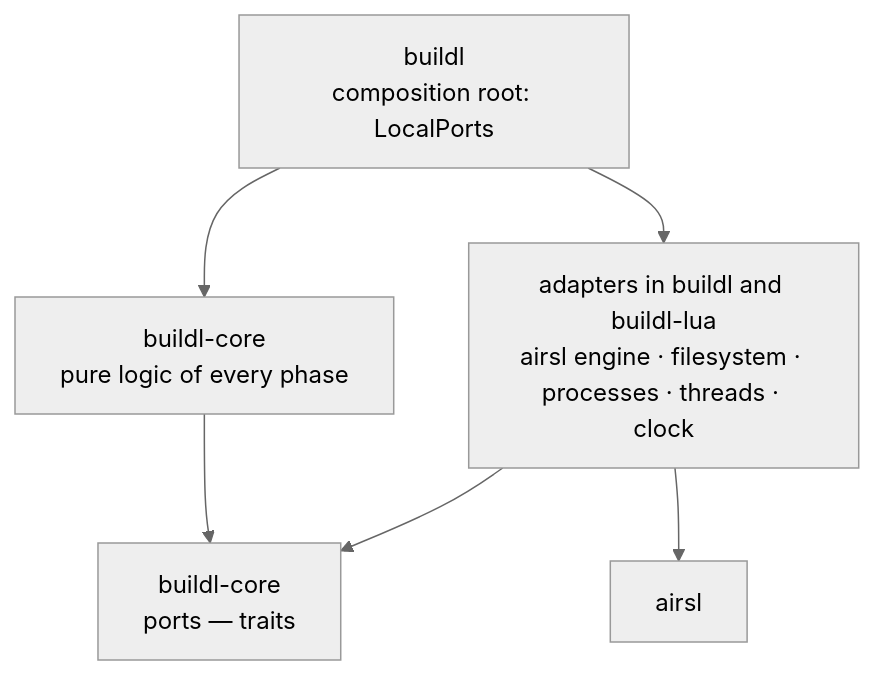
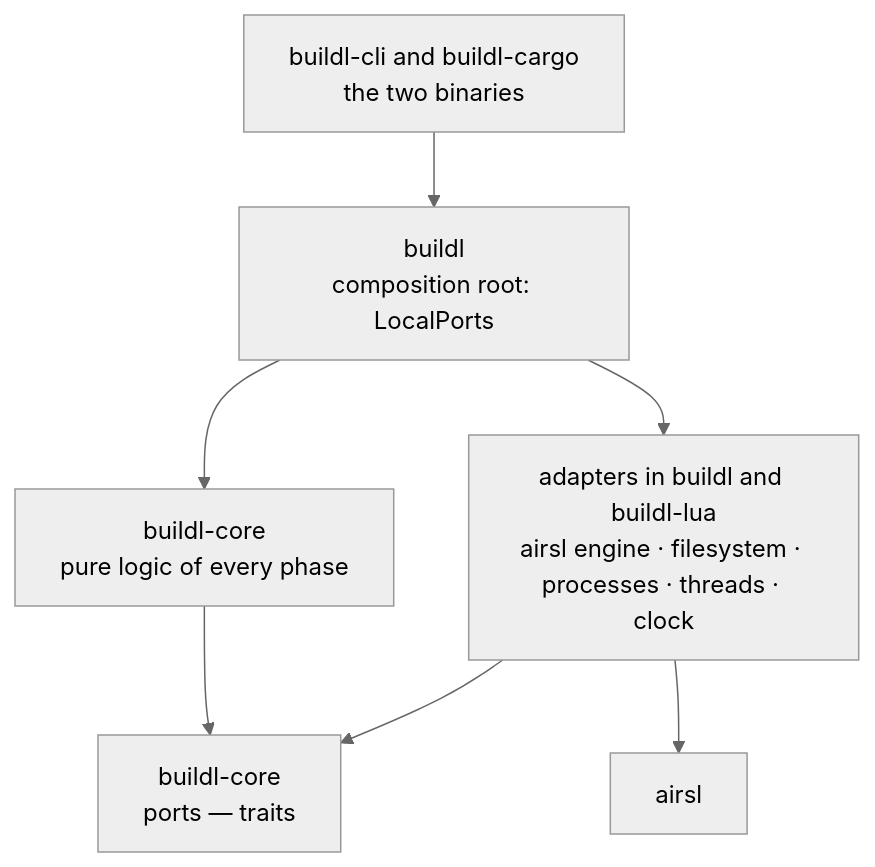
Before and after one commit to airsstack/buildl: the second of 7 diagrams in book/src/ch11-03-four-crates.md, drawn with Mermaid (neutral theme). The commit also changed other lines of this file, not shown here.

Commit message:
docs(repo): describe buildl-cargo as the fifth crate

````diff
--- a/book/src/ch11-03-four-crates.md
+++ b/book/src/ch11-03-four-crates.md
@@ -56,9 +60,10 @@
 ```mermaid
 %% Dependency direction — arrows point at the dependency
 graph TD
     ROOT["buildl<br/>composition root: LocalPorts"] --> LOGIC["buildl-core<br/>pure logic of every phase"]
     ROOT --> ADAPT["adapters in buildl and buildl-lua<br/>airsl engine · filesystem · processes · threads · clock"]
     LOGIC --> PORTS["buildl-core<br/>ports — traits"]
     ADAPT --> PORTS
     ADAPT --> AIRSL["airsl"]
+    BINS["buildl-cli and buildl-cargo<br/>the two binaries"] --> ROOT
 ```
````
